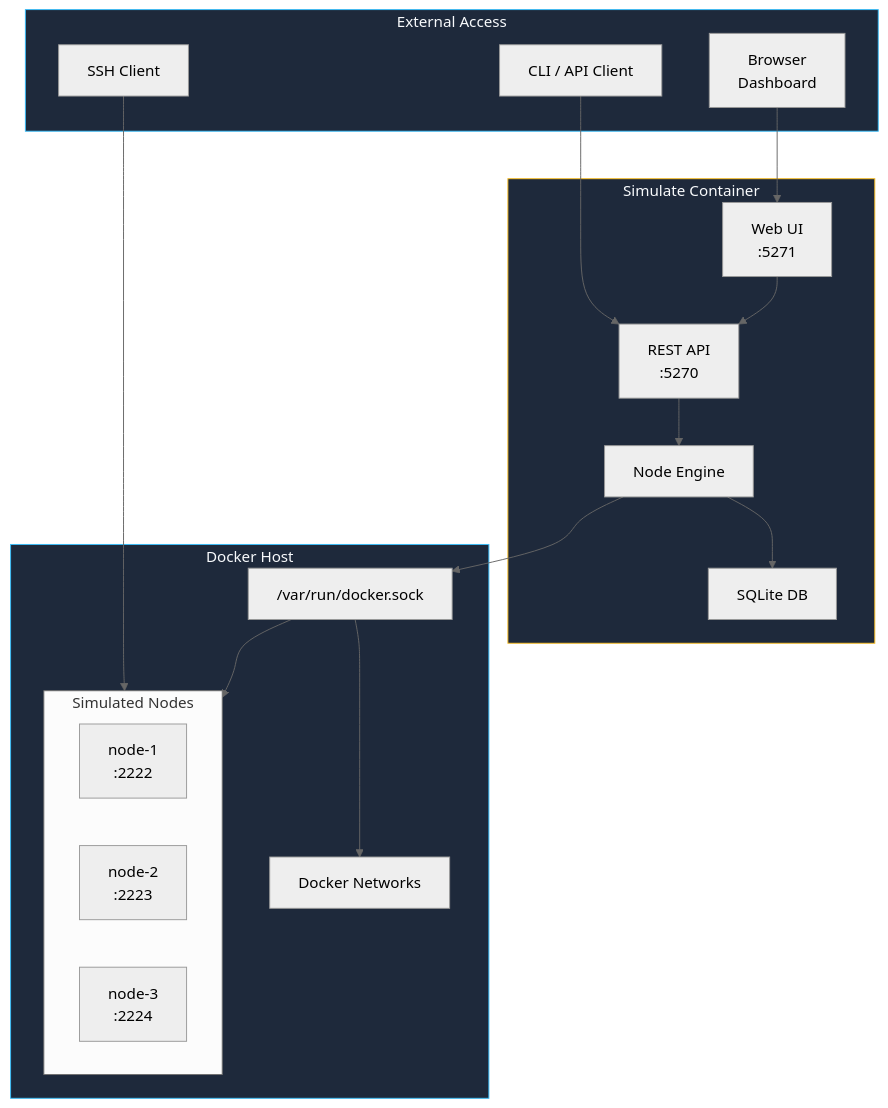
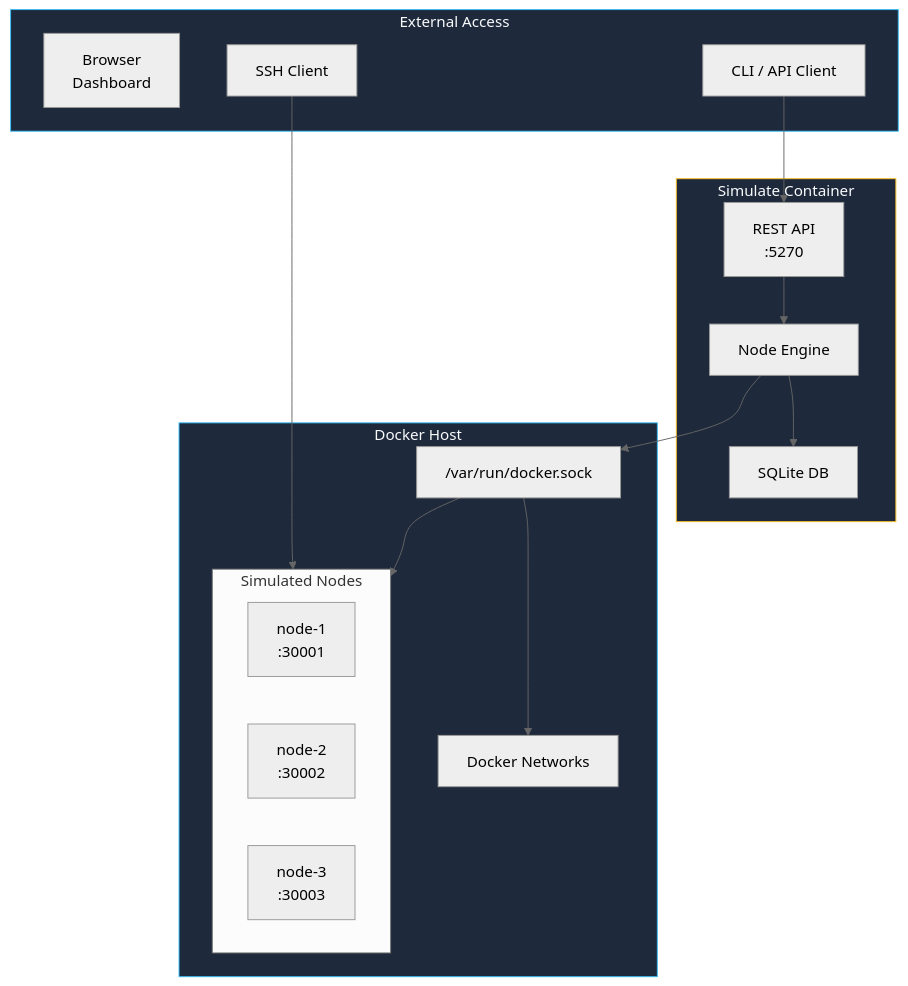
One commit to KombiverseLabs/docs changed the third of 4 diagrams in sim/overview.mdx. Above: the diagram before and after it, drawn with Mermaid (neutral theme). The commit also changed other lines of this file and 95 other files, not shown here.

````diff
--- a/sim/overview.mdx
+++ b/sim/overview.mdx
@@ -179,42 +181,39 @@
 ```mermaid
 graph TB
     subgraph External["External Access"]
         Browser["Browser<br/>Dashboard"]
         CLI["CLI / API Client"]
         SSH["SSH Client"]
     end
     
     subgraph SimContainer["Simulate Container"]
-        WebUI["Web UI<br/>:5271"]
         API["REST API<br/>:5270"]
         Engine["Node Engine"]
         DB["SQLite DB"]
     end
     
     subgraph Docker["Docker Host"]
         Socket["/var/run/docker.sock"]
         
         subgraph Nodes["Simulated Nodes"]
-            N1["node-1<br/>:2222"]
-            N2["node-2<br/>:2223"]
-            N3["node-3<br/>:2224"]
+            N1["node-1<br/>:30001"]
+            N2["node-2<br/>:30002"]
+            N3["node-3<br/>:30003"]
         end
         
         Networks["Docker Networks"]
     end
     
-    Browser --> WebUI
     CLI --> API
     SSH --> Nodes
-    
+
     API --> Engine
-    WebUI --> API
     Engine --> DB
     Engine --> Socket
     Socket --> Nodes
     Socket --> Networks
     
     style External fill:#1e293b,stroke:#38bdf8,color:#f8fafc
     style SimContainer fill:#1e293b,stroke:#fbbf24,color:#f8fafc
     style Docker fill:#1e293b,stroke:#38bdf8,color:#f8fafc
 ```
````
